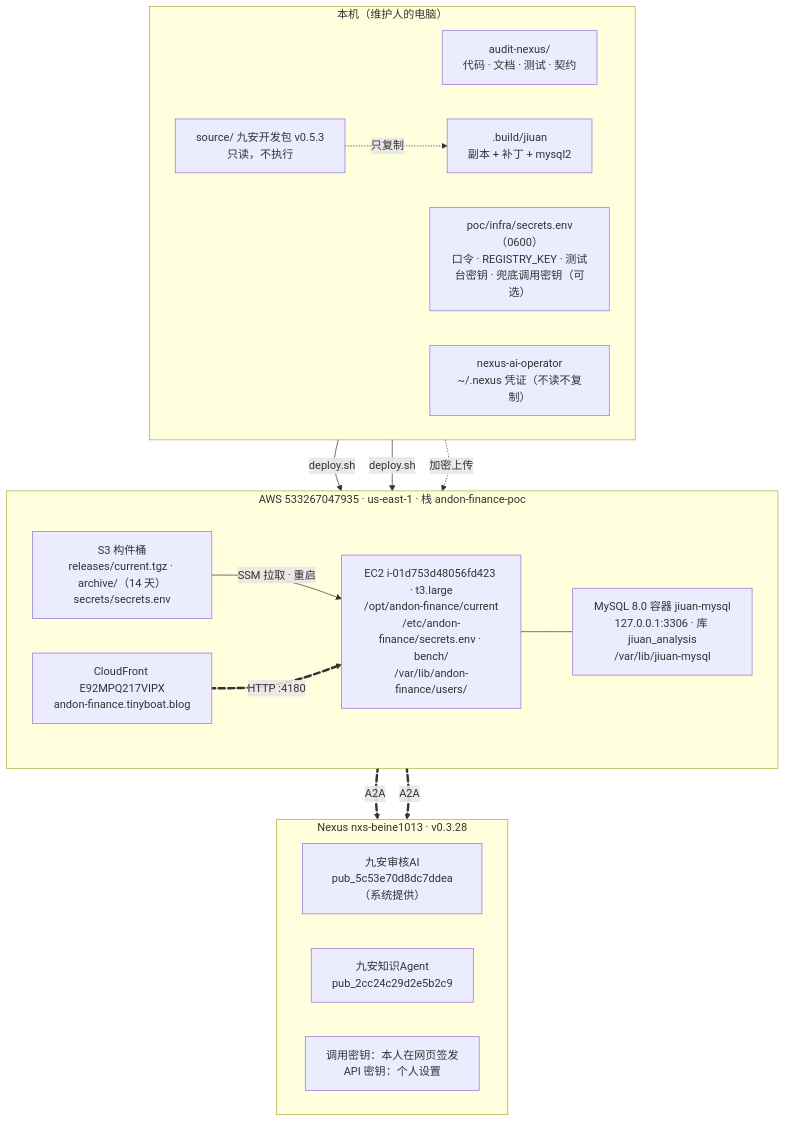
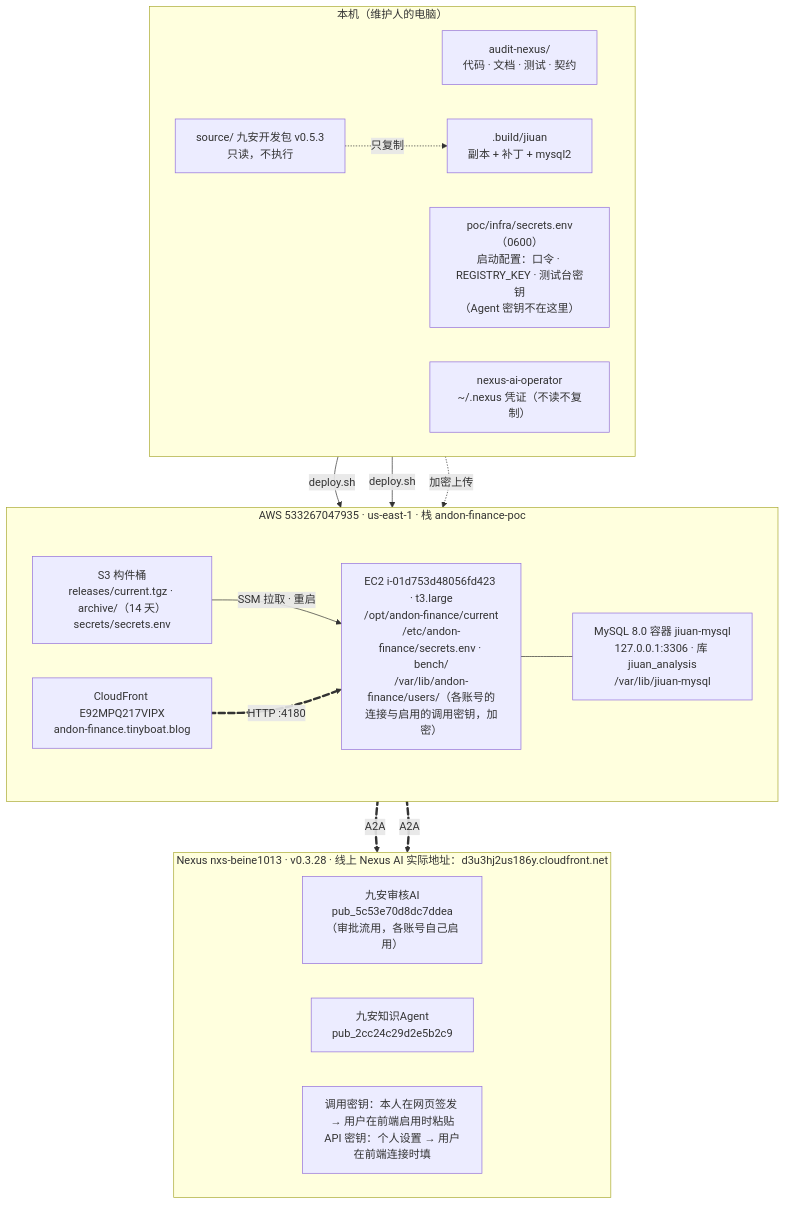
The diagram in docs/assets/diagrams/handover-assets.mmd (LiboMa/nexus-jiuan-agent-framework-poc), drawn with Mermaid before and after one commit. The commit also changed 118 other files, not shown here.

First line of the commit message:
Seal Finance-Audit-Nexus-PoC v0.1.0: developer guide and rehearsal fixes

```diff
--- a/docs/assets/diagrams/handover-assets.mmd
+++ b/docs/assets/diagrams/handover-assets.mmd
@@ -1,38 +1,38 @@
 flowchart TB
   subgraph laptop["本机（维护人的电脑）"]
     direction LR
     repo["audit-nexus/<br/>代码 · 文档 · 测试 · 契约"]
-    secrets["poc/infra/secrets.env（0600）<br/>口令 · REGISTRY_KEY · 测试台密钥 · 兜底调用密钥（可选）"]
+    secrets["poc/infra/secrets.env（0600）<br/>启动配置：口令 · REGISTRY_KEY · 测试台密钥<br/>（Agent 密钥不在这里）"]
     operator["nexus-ai-operator<br/>~/.nexus 凭证（不读不复制）"]
     source["source/ 九安开发包 v0.5.3<br/>只读，不执行"]
     build[".build/jiuan<br/>副本 + 补丁 + mysql2"]
   end
   subgraph aws["AWS 533267047935 · us-east-1 · 栈 andon-finance-poc"]
     direction LR
     s3["S3 构件桶<br/>releases/current.tgz · archive/（14 天）<br/>secrets/secrets.env"]
-    ec2["EC2 i-01d753d48056fd423 · t3.large<br/>/opt/andon-finance/current<br/>/etc/andon-finance/secrets.env · bench/<br/>/var/lib/andon-finance/users/"]
+    ec2["EC2 i-01d753d48056fd423 · t3.large<br/>/opt/andon-finance/current<br/>/etc/andon-finance/secrets.env · bench/<br/>/var/lib/andon-finance/users/（各账号的连接与启用的调用密钥，加密）"]
     db["MySQL 8.0 容器 jiuan-mysql<br/>127.0.0.1:3306 · 库 jiuan_analysis<br/>/var/lib/jiuan-mysql"]
     cf["CloudFront E92MPQ217VIPX<br/>andon-finance.tinyboat.blog"]
   end
-  subgraph nx["Nexus nxs-beine1013 · v0.3.28"]
+  subgraph nx["Nexus nxs-beine1013 · v0.3.28 · 线上 Nexus AI 实际地址：d3u3hj2us186y.cloudfront.net"]
     direction LR
-    adv["九安审核AI<br/>pub_5c53e70d8dc7ddea（系统提供）"]
+    adv["九安审核AI<br/>pub_5c53e70d8dc7ddea（审批流用，各账号自己启用）"]
     kn["九安知识Agent<br/>pub_2cc24c29d2e5b2c9"]
-    keys["调用密钥：本人在网页签发<br/>API 密钥：个人设置"]
+    keys["调用密钥：本人在网页签发 → 用户在前端启用时粘贴<br/>API 密钥：个人设置 → 用户在前端连接时填"]
   end
   source -. 只复制 .-> build
   build -- deploy.sh --> s3
   repo -- deploy.sh --> s3
   ec2 --- db
   secrets -. 加密上传 .-> s3
   s3 -- "SSM 拉取 · 重启" --> ec2
   cf e1@== "HTTP :4180" ==> ec2
   ec2 e2@== A2A ==> adv
   ec2 e3@== A2A ==> kn
   e1@{ animate: true }
   e2@{ animate: true }
   e3@{ animate: true }
   class repo,operator,s3,ec2,cf,build poc
   class secrets risk
   class source,db jiuan
   class adv,kn,keys nexus
```
